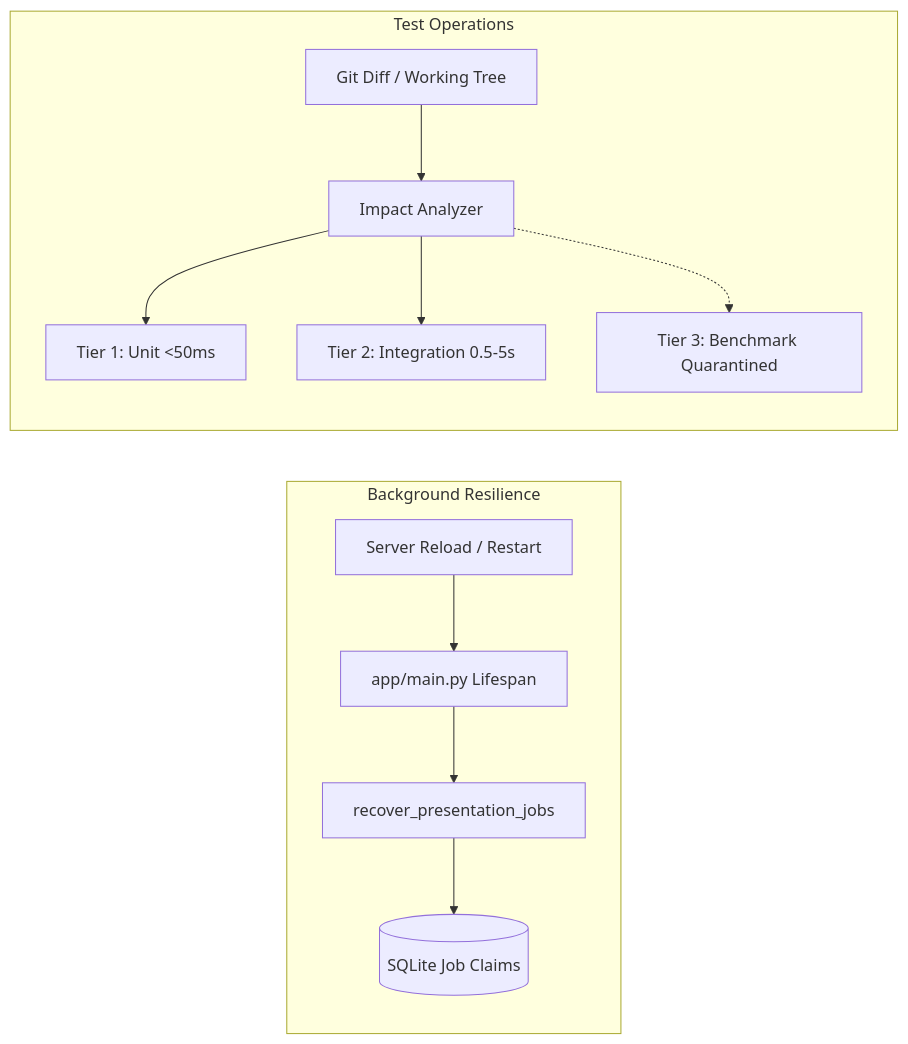
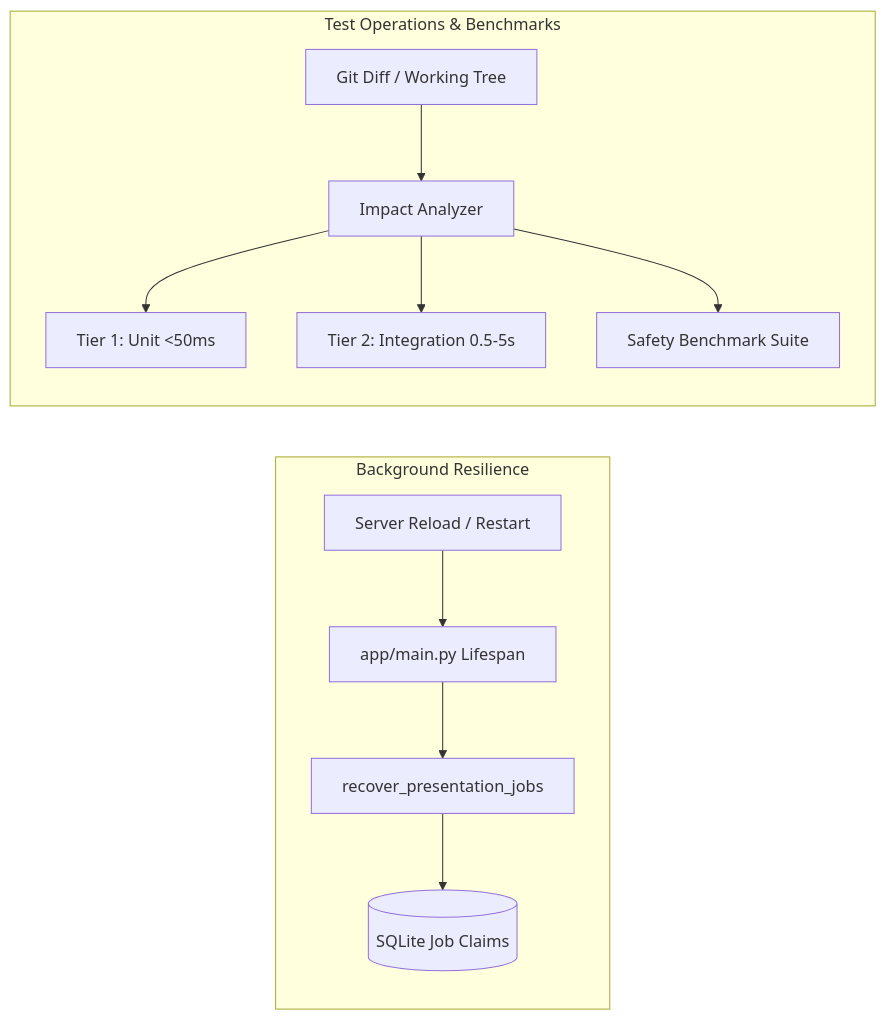
Before and after one commit to er-vinay-india/pulsehr-ai: the diagram in docs/layers/05-platform-reliability-ops.md, drawn with Mermaid. The commit also changed other lines of this file and 187 other files, not shown here.

````diff
--- a/docs/layers/05-platform-reliability-ops.md
+++ b/docs/layers/05-platform-reliability-ops.md
@@ -9,15 +11,15 @@
 ```mermaid
 flowchart LR
     subgraph Background Resilience
         Reload[Server Reload / Restart] --> Lifespan[app/main.py Lifespan]
         Lifespan --> Recovery[recover_presentation_jobs]
         Recovery --> DB[(SQLite Job Claims)]
     end
 
-    subgraph Test Operations
+    subgraph Test Operations & Benchmarks
         GitDiff[Git Diff / Working Tree] --> Analyzer[Impact Analyzer]
         Analyzer --> T1[Tier 1: Unit <50ms]
         Analyzer --> T2[Tier 2: Integration 0.5-5s]
-        Analyzer -.-> T3[Tier 3: Benchmark Quarantined]
+        Analyzer --> Bench[Safety Benchmark Suite]
     end
 ```
````
